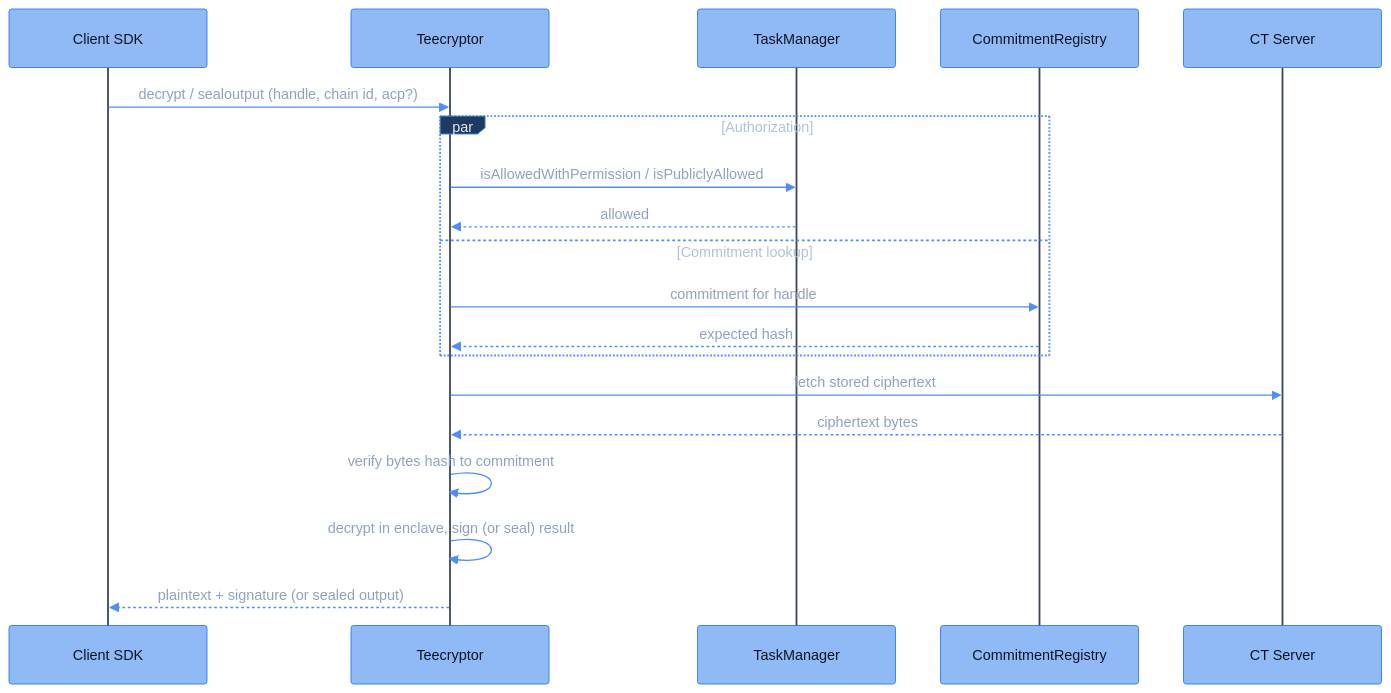
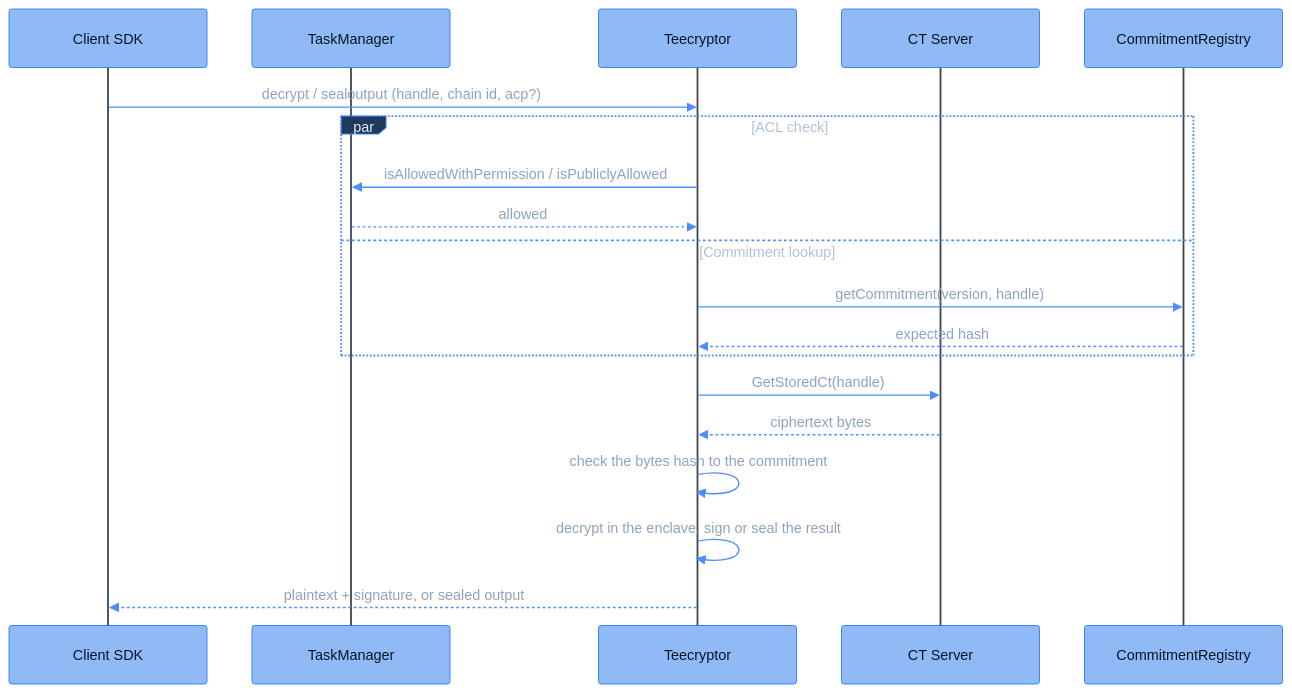
The diagram in deep-dive/cofhe-components/teecryptor.mdx (FhenixProtocol/fhenix-developer-docs), drawn with Mermaid before and after one commit.

Commit message:
[DOCS] cofhe-components/teecryptor: adopt the shared component order

````diff
--- a/deep-dive/cofhe-components/teecryptor.mdx
+++ b/deep-dive/cofhe-components/teecryptor.mdx
@@ -46,23 +46,23 @@
 ```mermaid
 %%{init: {"theme": "base", "themeVariables": {"fontFamily": "Menlo, Monaco, Consolas, monospace", "fontSize": "16px", "primaryColor": "#8FBAF5", "primaryBorderColor": "#2E7CF6", "primaryTextColor": "#0A1626", "lineColor": "#4C8DFF", "signalColor": "#4C8DFF", "signalTextColor": "#8FA3BF", "actorBkg": "#8FBAF5", "actorBorder": "#2E7CF6", "actorTextColor": "#0A1626", "actorLineColor": "#3D4654", "noteBkgColor": "#14171C", "noteBorderColor": "#3D4654", "noteTextColor": "#AFC3DE", "activationBkgColor": "#1E3A5F", "activationBorderColor": "#4C8DFF", "clusterBkg": "#14171C", "clusterBorder": "#3D4654", "titleColor": "#E7EAEE", "edgeLabelBackground": "#8FBAF5", "textColor": "#AFC3DE", "labelTextColor": "#E7EAEE", "tertiaryColor": "#14171C", "loopTextColor": "#AFC3DE", "labelBoxBkgColor": "#1E3A5F", "labelBoxBorderColor": "#4C8DFF"}, "sequence": {"actorFontFamily": "Menlo, Monaco, Consolas, monospace", "messageFontFamily": "Menlo, Monaco, Consolas, monospace", "noteFontFamily": "Menlo, Monaco, Consolas, monospace", "width": 220, "actorFontSize": 16, "messageFontSize": 16, "noteFontSize": 15}}}%%
 sequenceDiagram
     participant SDK as Client SDK
-    participant Teecryptor
-    participant TaskManager
-    participant Registry as CommitmentRegistry
-    participant Store as CT Server
+    participant TM as TaskManager
+    participant TEE as Teecryptor
+    participant CTS as CT Server
+    participant CR as CommitmentRegistry
 
-    SDK->>Teecryptor: decrypt / sealoutput (handle, chain id, acp?)
-    par Authorization
-        Teecryptor->>TaskManager: isAllowedWithPermission / isPubliclyAllowed
-        TaskManager-->>Teecryptor: allowed
+    SDK->>TEE: decrypt / sealoutput (handle, chain id, acp?)
+    par ACL check
+        TEE->>TM: isAllowedWithPermission / isPubliclyAllowed
+        TM-->>TEE: allowed
     and Commitment lookup
-        Teecryptor->>Registry: commitment for handle
-        Registry-->>Teecryptor: expected hash
+        TEE->>CR: getCommitment(version, handle)
+        CR-->>TEE: expected hash
     end
-    Teecryptor->>Store: fetch stored ciphertext
-    Store-->>Teecryptor: ciphertext bytes
-    Teecryptor->>Teecryptor: verify bytes hash to commitment
-    Teecryptor->>Teecryptor: decrypt in enclave, sign (or seal) result
-    Teecryptor-->>SDK: plaintext + signature (or sealed output)
+    TEE->>CTS: GetStoredCt(handle)
+    CTS-->>TEE: ciphertext bytes
+    TEE->>TEE: check the bytes hash to the commitment
+    TEE->>TEE: decrypt in the enclave, sign or seal the result
+    TEE-->>SDK: plaintext + signature, or sealed output
 ```
````
